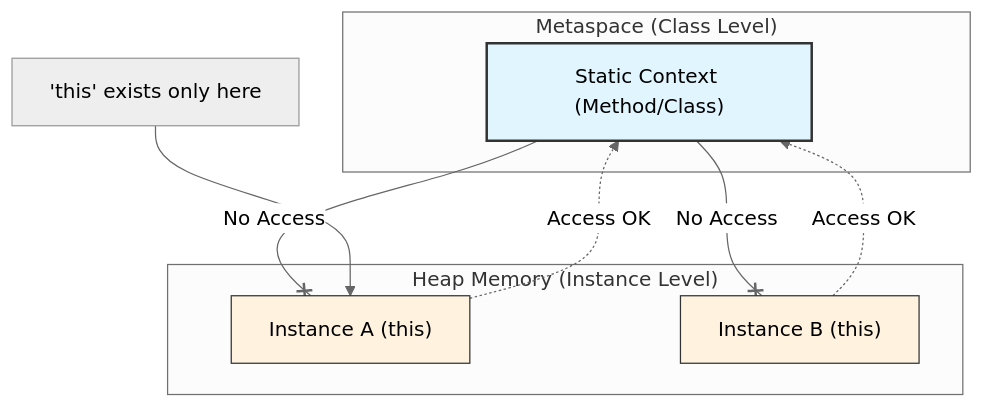
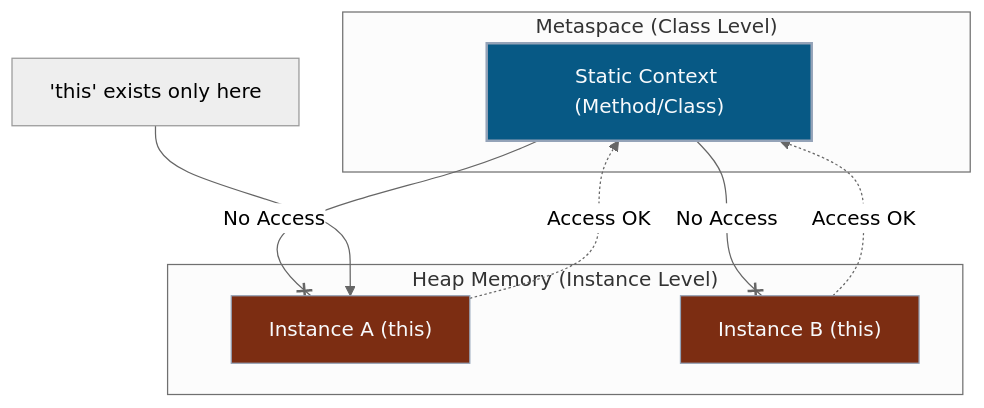
Before and after one commit to Kang-Hyesung/kang-hyesung.github.io: the second of 2 diagrams in _posts/java/10-내부_클래스,익명_객체,패키지/2026-01-27-정적-중첩-클래스.md, drawn with Mermaid (neutral theme). The commit also changed other lines of this file and 74 other files, not shown here.

Commit message:
docs: update post visibility and mermaid colors

````diff
--- a/_posts/java/10-내부_클래스,익명_객체,패키지/2026-01-27-정적-중첩-클래스.md
+++ b/_posts/java/10-내부_클래스,익명_객체,패키지/2026-01-27-정적-중첩-클래스.md
@@ -56,22 +56,22 @@
 ```mermaid
 graph TD
     subgraph "Metaspace (Class Level)"
         S["Static Context (Method/Class)"]
-        style S fill:#e1f5fe,stroke:#333,stroke-width:2px
+        style S fill:#075985,stroke:#94a3b8,stroke-width:2px,color:#f8fafc
     end
 
     subgraph "Heap Memory (Instance Level)"
         O1["Instance A (this)"]
         O2["Instance B (this)"]
-        style O1 fill:#fff3e0,stroke:#333
-        style O2 fill:#fff3e0,stroke:#333
+        style O1 fill:#7c2d12,stroke:#94a3b8,color:#f8fafc
+        style O2 fill:#7c2d12,stroke:#94a3b8,color:#f8fafc
     end
 
     S --x|No Access| O1
     S --x|No Access| O2
     O1 -.->|Access OK| S
     O2 -.->|Access OK| S
 
     Note["'this' exists only here"] --> O1
 
 ```
````
